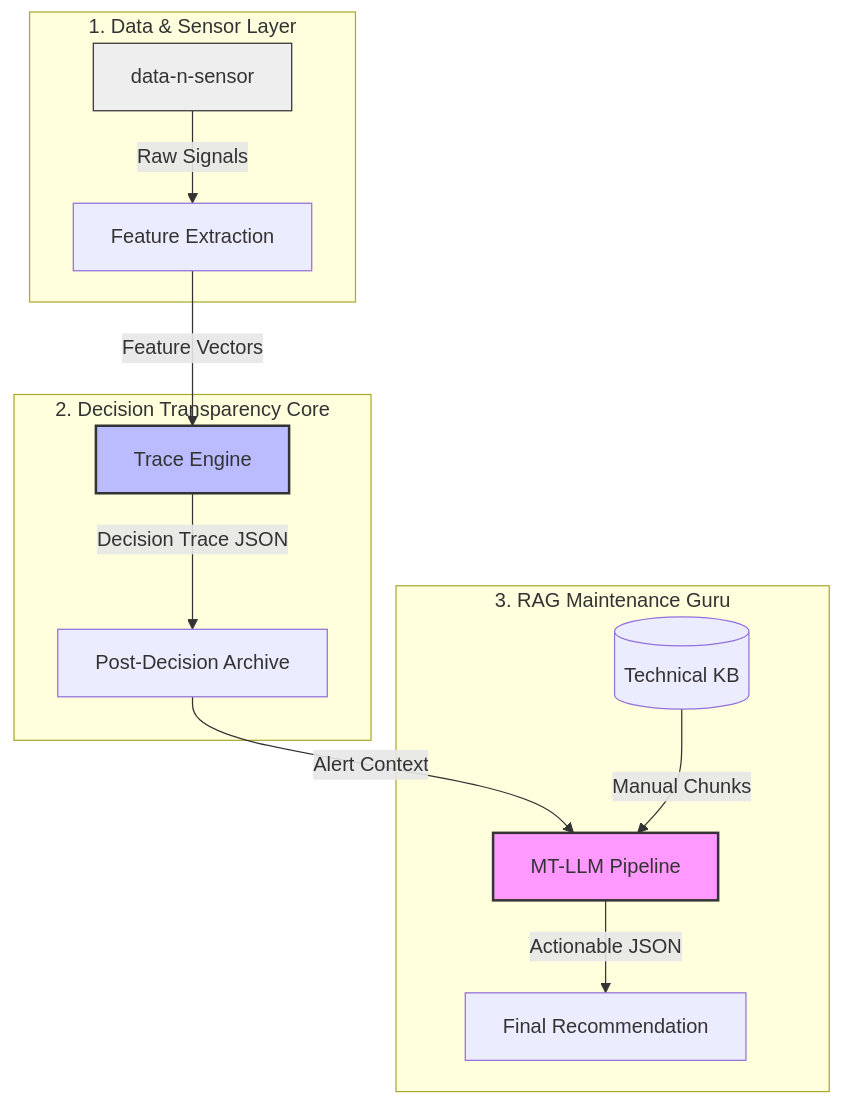
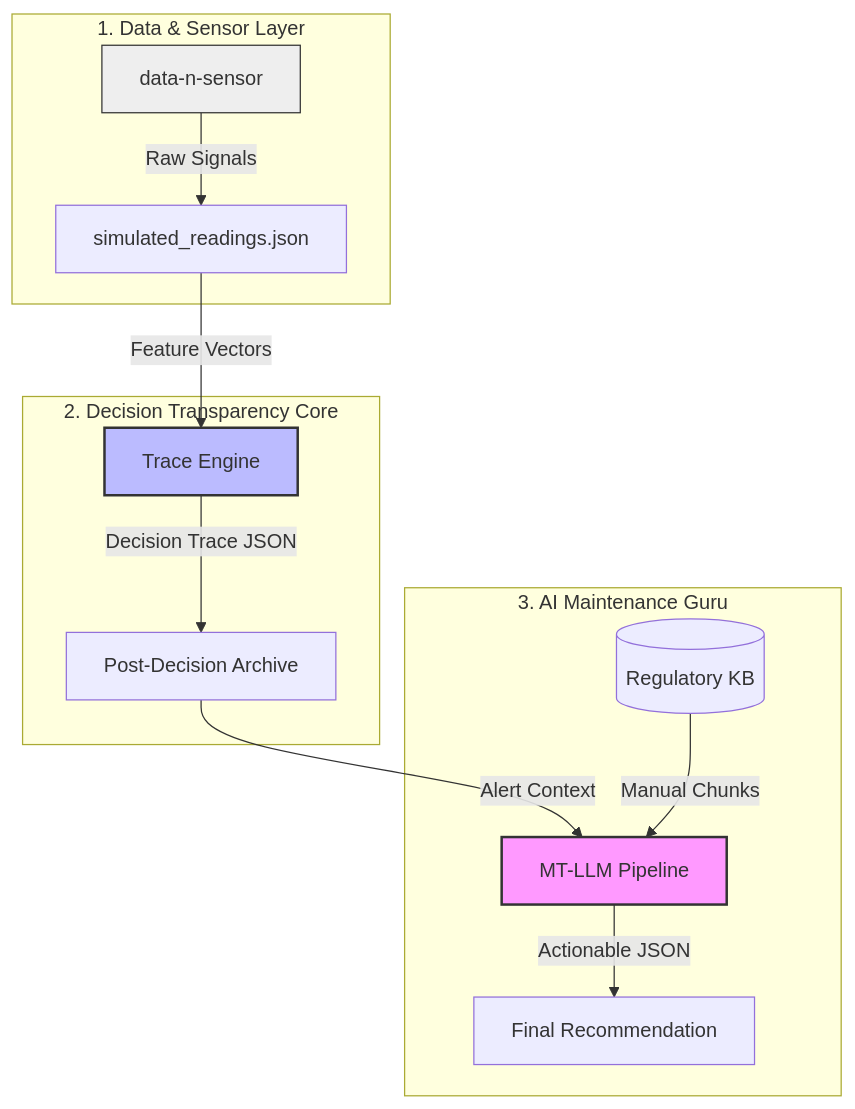
The diagram in README.md (Sneha-a10/TraceMaintain-WasteManagement), drawn with Mermaid before and after one commit. The commit also changed other lines of this file and 29 other files, not shown here.

````diff
--- a/README.md
+++ b/README.md
@@ -14,21 +14,21 @@
 ```mermaid
 graph TD
     subgraph "1. Data & Sensor Layer"
-        DS[data-n-sensor] -->|Raw Signals| FE[Feature Extraction]
+        DS[data-n-sensor] -->|Raw Signals| SR[simulated_readings.json]
     end
 
     subgraph "2. Decision Transparency Core"
-        FE -->|Feature Vectors| TE[Trace Engine]
+        SR -->|Feature Vectors| TE[Trace Engine]
         TE -->|Decision Trace JSON| PT[Post-Decision Archive]
     end
 
-    subgraph "3. RAG Maintenance Guru"
+    subgraph "3. AI Maintenance Guru"
         PT -->|Alert Context| RAG[MT-LLM Pipeline]
-        KB[(Technical KB)] -->|Manual Chunks| RAG
+        KB[(Regulatory KB)] -->|Manual Chunks| RAG
         RAG -->|Actionable JSON| FR[Final Recommendation]
     end
 
     style TE fill:#bbf,stroke:#333,stroke-width:2px
     style RAG fill:#f9f,stroke:#333,stroke-width:2px
     style DS fill:#eee,stroke:#333
 ```
````
